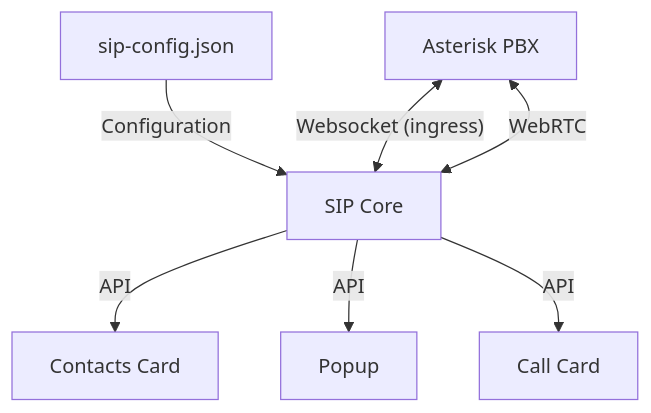
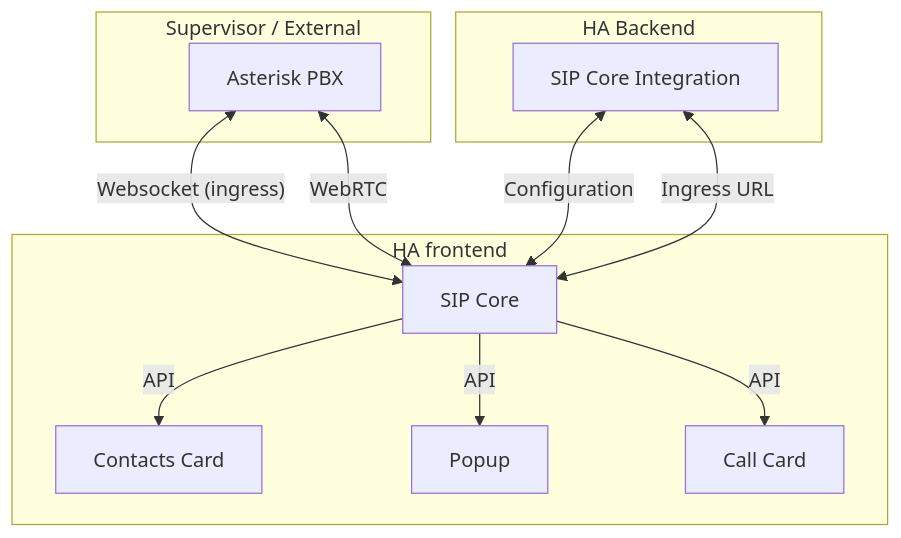
Before and after one commit to TECH7Fox/sip-hass-docs: the diagram in docs/developers/card/introduction.md, drawn with Mermaid.

Commit message:
Enhance flowchart with additional subgraphs
Added subgraphs for HA frontend, Supervisor, and HA Backend to the flowchart.

````diff
--- a/docs/developers/card/introduction.md
+++ b/docs/developers/card/introduction.md
@@ -25,9 +25,18 @@
 ```mermaid
 flowchart TD
-    A[SIP Core] -->|API| B[Contacts Card]
-    A -->|API| C[Popup]
-    A -->|API| E[Call Card]
-    D[sip-config.json] -->|Configuration| A
-    F[Asterisk PBX] <--> |"Websocket (ingress)"| A
-    F <--> |"WebRTC"| A
+    subgraph ha-frontend [HA frontend]
+        A[SIP Core] -->|API| B[Contacts Card]
+        A -->|API| C[Popup]
+        A -->|API| E[Call Card]
+    end
+
+    subgraph supervisor [Supervisor / External]
+        F[Asterisk PBX] <--> |"Websocket (ingress)"| A
+        F <--> |"WebRTC"| A
+    end
+
+    subgraph ha-backend [HA Backend]
+        S[SIP Core Integration] <--> |Configuration| A
+        S <--> |Ingress URL| A
+    end
 ```
````
